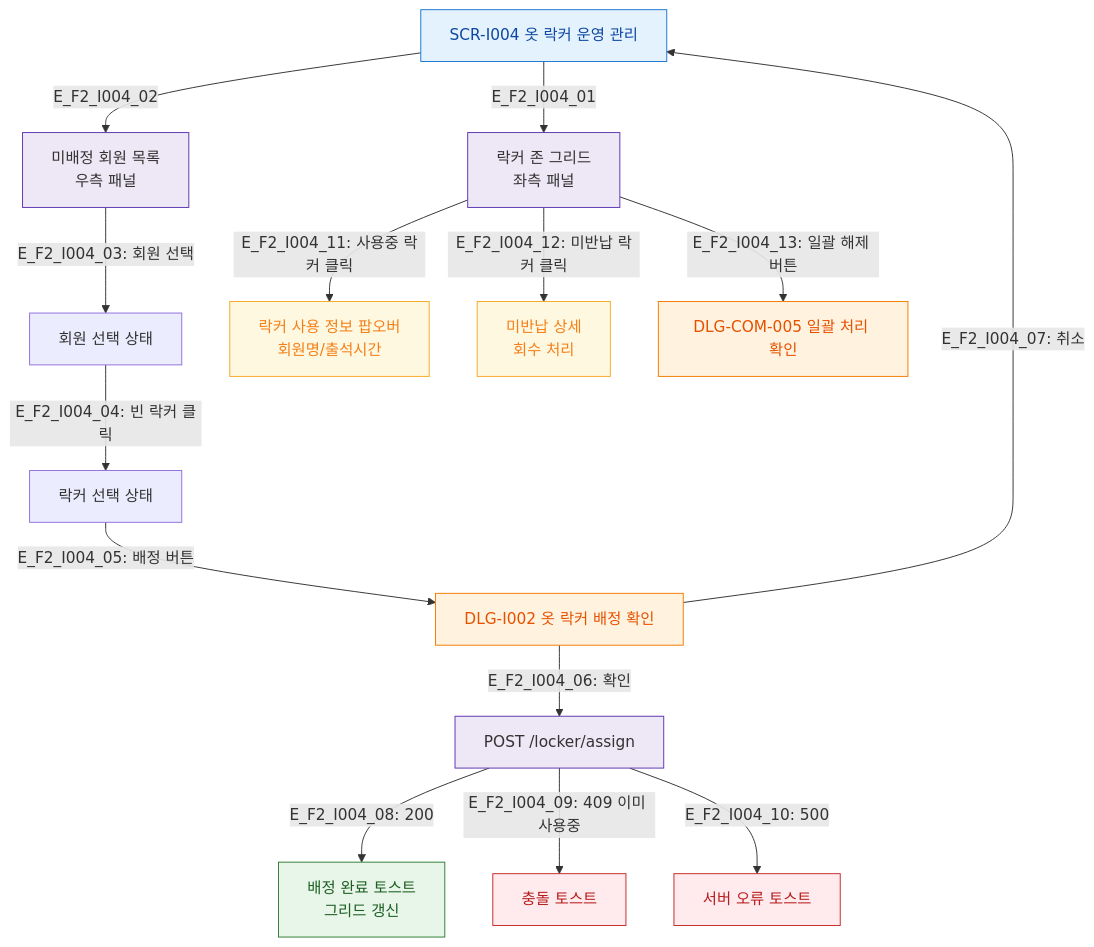
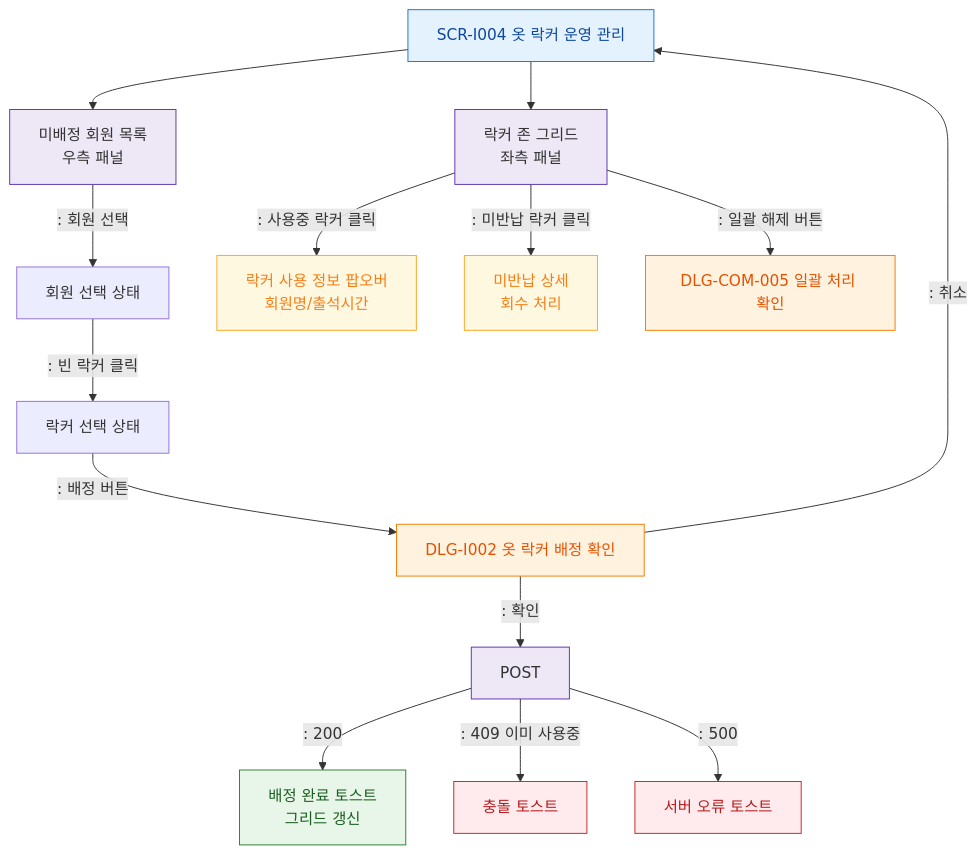
Before and after one commit to dev-spogym/admin-pando: the diagram in docs/다이어그램/D11_통합운영/SCR-I004_옷락커운영관리/F2_메인.md, drawn with Mermaid. The commit also changed other lines of this file and 1660 other files, not shown here.

First line of the commit message:
다이어그램: 기획자/클라이언트 납품본으로 정리

````diff
--- a/docs/다이어그램/D11_통합운영/SCR-I004_옷락커운영관리/F2_메인.md
+++ b/docs/다이어그램/D11_통합운영/SCR-I004_옷락커운영관리/F2_메인.md
@@ -19,33 +17,33 @@
 ```mermaid
 flowchart TD
-    SCR_I004[SCR-I004 옷 락커 운영 관리] -->|E_F2_I004_01| GRID[락커 존 그리드\n좌측 패널]
-    SCR_I004 -->|E_F2_I004_02| UNASSIGNED[미배정 회원 목록\n우측 패널]
+    SCR_I004[SCR-I004 옷 락커 운영 관리] --> GRID[락커 존 그리드\n좌측 패널]
+    SCR_I004 --> UNASSIGNED[미배정 회원 목록\n우측 패널]
 
-    UNASSIGNED -->|"E_F2_I004_03: 회원 선택"| MEMBER_SEL[회원 선택 상태]
-    MEMBER_SEL -->|"E_F2_I004_04: 빈 락커 클릭"| LOCKER_SEL[락커 선택 상태]
-    LOCKER_SEL -->|"E_F2_I004_05: 배정 버튼"| DLG_I002[DLG-I002 옷 락커 배정 확인]
+    UNASSIGNED -->|": 회원 선택"|MEMBER_SEL[회원 선택 상태]
+    MEMBER_SEL -->|": 빈 락커 클릭"|LOCKER_SEL[락커 선택 상태]
+    LOCKER_SEL -->|": 배정 버튼"|DLG_I002[DLG-I002 옷 락커 배정 확인]
 
-    DLG_I002 -->|"E_F2_I004_06: 확인"| API_ASSIGN[POST /locker/assign]
-    DLG_I002 -->|"E_F2_I004_07: 취소"| SCR_I004
+    DLG_I002 -->|": 확인"|API_ASSIGN[POST]
+    DLG_I002 -->|": 취소"|SCR_I004
 
-    API_ASSIGN -->|"E_F2_I004_08: 200"| TOAST_OK[배정 완료 토스트\n그리드 갱신]
-    API_ASSIGN -->|"E_F2_I004_09: 409 이미 사용중"| TOAST_CONFLICT[충돌 토스트]
-    API_ASSIGN -->|"E_F2_I004_10: 500"| TOAST_ERR[서버 오류 토스트]
+    API_ASSIGN -->|": 200"|TOAST_OK[배정 완료 토스트\n그리드 갱신]
+    API_ASSIGN -->|": 409 이미 사용중"|TOAST_CONFLICT[충돌 토스트]
+    API_ASSIGN -->|": 500"|TOAST_ERR[서버 오류 토스트]
 
-    GRID -->|"E_F2_I004_11: 사용중 락커 클릭"| LOCKER_INFO[락커 사용 정보 팝오버\n회원명/출석시간]
-    GRID -->|"E_F2_I004_12: 미반납 락커 클릭"| LOCKER_OVERDUE[미반납 상세\n회수 처리]
-    GRID -->|"E_F2_I004_13: 일괄 해제 버튼"| BULK_RELEASE[DLG-COM-005 일괄 처리 확인]
+    GRID -->|": 사용중 락커 클릭"|LOCKER_INFO[락커 사용 정보 팝오버\n회원명/출석시간]
+    GRID -->|": 미반납 락커 클릭"|LOCKER_OVERDUE[미반납 상세\n회수 처리]
+    GRID -->|": 일괄 해제 버튼"|BULK_RELEASE[DLG-COM-005 일괄 처리 확인]
 
-    classDef screen       fill:#E3F2FD,stroke:#1976D2,color:#0D47A1
-    classDef modal        fill:#FFF3E0,stroke:#F57C00,color:#E65100
-    classDef system       fill:#EDE7F6,stroke:#5E35B2
-    classDef error        fill:#FFEBEE,stroke:#C62828,color:#B71C1C
-    classDef success      fill:#E8F5E9,stroke:#2E7D32,color:#1B5E20
-    classDef warning      fill:#FFF8E1,stroke:#F9A825,color:#F57F17
+    classDef screen fill:#E3F2FD,stroke:#1976D2,color:#0D47A1
+    classDef modal fill:#FFF3E0,stroke:#F57C00,color:#E65100
+    classDef system fill:#EDE7F6,stroke:#5E35B2
+    classDef error fill:#FFEBEE,stroke:#C62828,color:#B71C1C
+    classDef success fill:#E8F5E9,stroke:#2E7D32,color:#1B5E20
+    classDef warning fill:#FFF8E1,stroke:#F9A825,color:#F57F17
     class SCR_I004 screen
     class DLG_I002,BULK_RELEASE modal
     class API_ASSIGN,GRID,UNASSIGNED system
     class TOAST_ERR,TOAST_CONFLICT error
     class TOAST_OK success
     class LOCKER_INFO,LOCKER_OVERDUE warning
 ```
````
